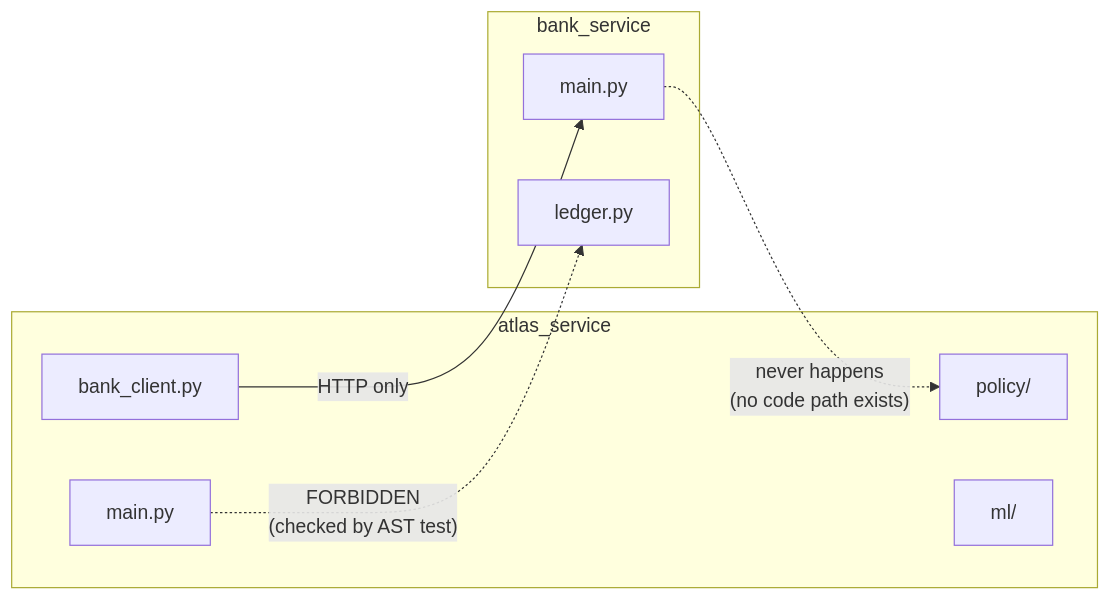
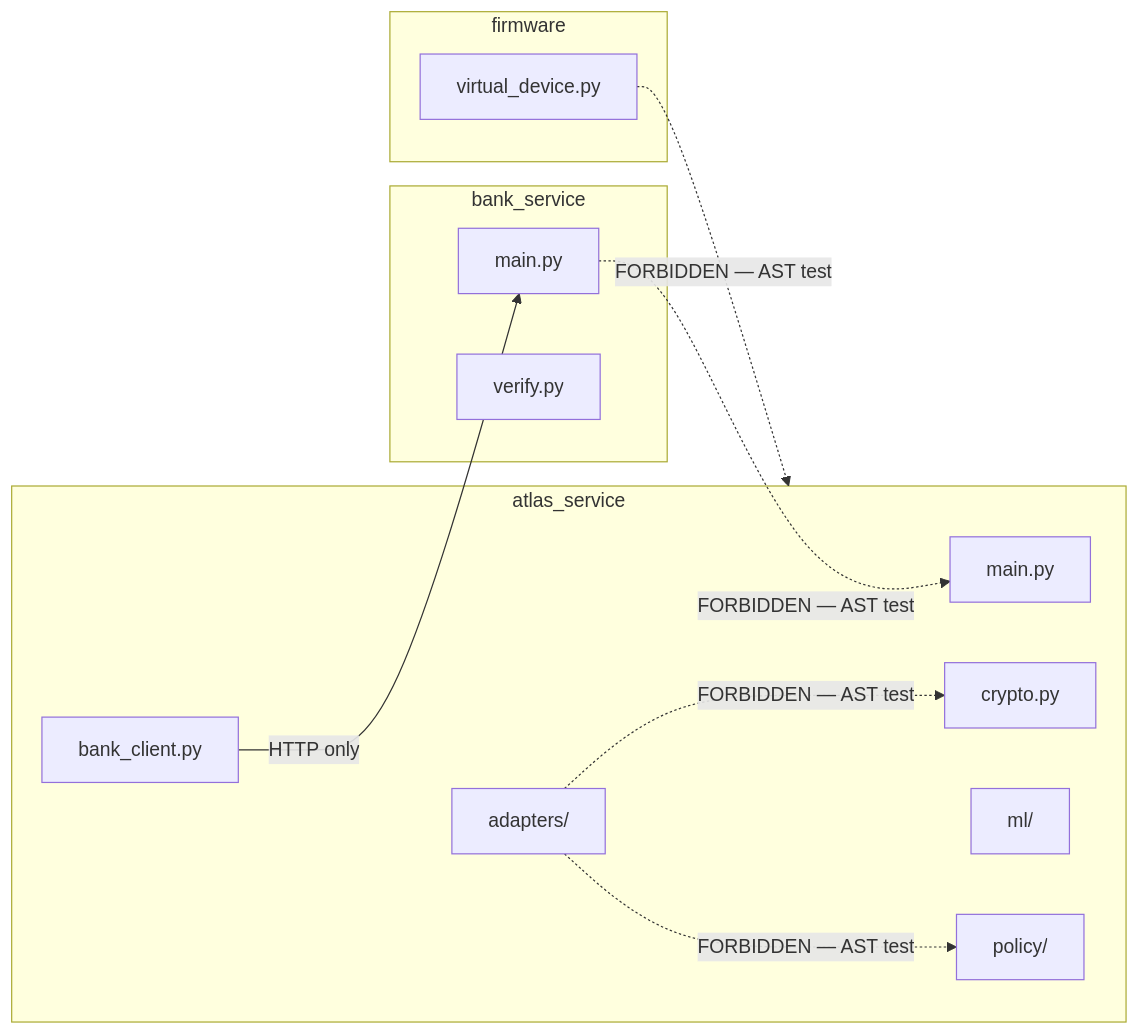
The fourth of 8 diagrams in docs/ATLAS-Blueprint.md (Dhanu2626/atlas), drawn with Mermaid before and after one commit. The commit also changed other lines of this file and 4 other files, not shown here.

````diff
--- a/docs/ATLAS-Blueprint.md
+++ b/docs/ATLAS-Blueprint.md
@@ -253,16 +338,23 @@
 ```mermaid
 flowchart LR
     subgraph AS["atlas_service"]
         AM[main.py]
-        AP[policy/]
+        APOL[policy/]
         AML[ml/]
+        ACR[crypto.py]
+        AAD[adapters/]
         ABC[bank_client.py]
     end
     subgraph BS["bank_service"]
         BM[main.py]
-        BL[ledger.py]
+        BV[verify.py]
+    end
+    subgraph FW["firmware"]
+        VD[virtual_device.py]
     end
     ABC -->|"HTTP only"| BM
-    AM -.->|"FORBIDDEN\n(checked by AST test)"| BL
-    BM -.->|"never happens\n(no code path exists)"| AP
+    BM -.->|"FORBIDDEN — AST test"| AM
+    AAD -.->|"FORBIDDEN — AST test"| ACR
+    AAD -.->|"FORBIDDEN — AST test"| APOL
+    VD -.->|"FORBIDDEN — AST test"| AS
 ```
````
